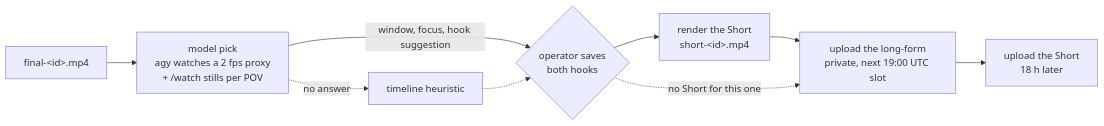
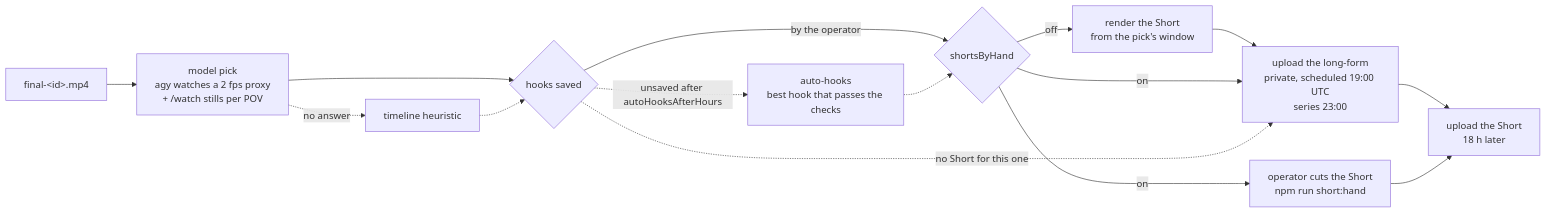
Before and after one commit to Tymonoman/mcsr-vid: the second of 2 diagrams in README.md, drawn with Mermaid. The commit also changed other lines of this file and 9 other files, not shown here.

````diff
--- a/README.md
+++ b/README.md
@@ -44,10 +51,17 @@
 ```mermaid
 flowchart LR
   exp["final-#lt;id#gt;.mp4"] --> pick["model pick<br/>agy watches a 2 fps proxy<br/>+ /watch stills per POV"]
-  pick -->|"window, focus, hook suggestion"| gate{"operator saves<br/>both hooks"}
-  pick -.->|"no answer"| heur["timeline heuristic"] -.-> gate
-  gate --> short["render the Short<br/>short-#lt;id#gt;.mp4"]
-  short --> up1["upload the long-form<br/>private, next 19:00 UTC slot"]
+  pick -.->|"no answer"| heur["timeline heuristic"]
+  pick --> hooks{"hooks saved"}
+  heur -.-> hooks
+  hooks -->|"by the operator"| mode{"shortsByHand"}
+  hooks -.->|"unsaved after autoHooksAfterHours"| auto["auto-hooks<br/>best hook that passes the checks"]
+  auto -.-> mode
+  mode -->|"off"| render["render the Short<br/>from the pick's window"]
+  render --> up1["upload the long-form<br/>private, scheduled 19:00 UTC<br/>series 23:00"]
+  mode -->|"on"| up1
+  mode -->|"on"| hand["operator cuts the Short<br/>npm run short:hand"]
   up1 --> up2["upload the Short<br/>18 h later"]
-  gate -.->|"no Short for this one"| up1
+  hand --> up2
+  hooks -.->|"no Short for this one"| up1
 ```
````
